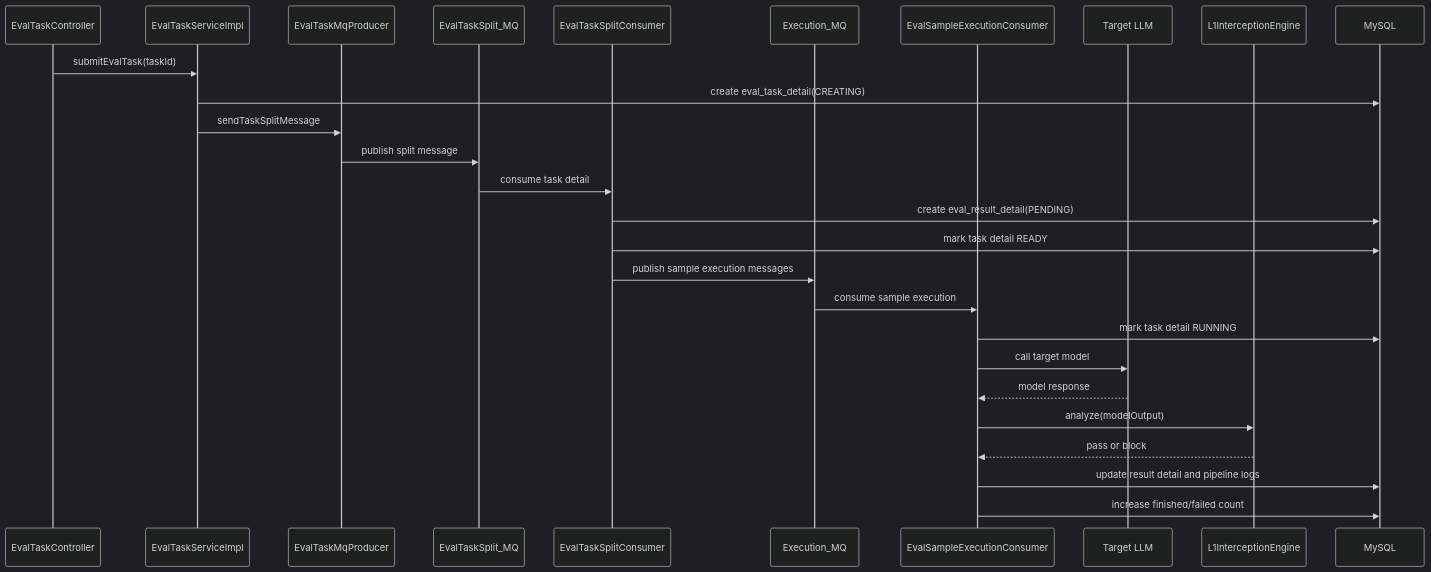
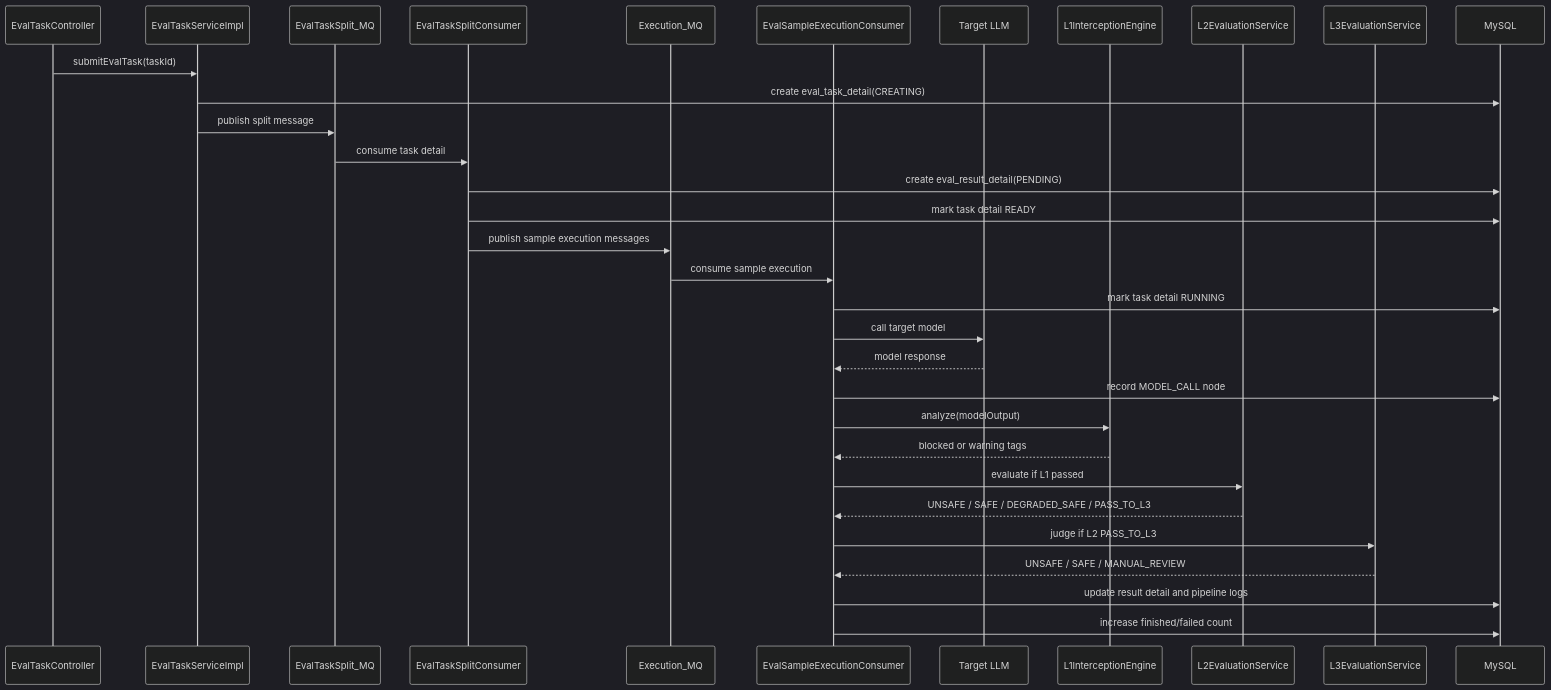
Before and after one commit to k960128/aigc-evaluate: the second of 2 diagrams in README.md, drawn with Mermaid (dark theme). The commit also changed other lines of this file and 2 other files, not shown here.

````diff
--- a/README.md
+++ b/README.md
@@ -94,30 +151,35 @@
 ```mermaid
 sequenceDiagram
     participant API as EvalTaskController
     participant S as EvalTaskServiceImpl
-    participant P as EvalTaskMqProducer
     participant MQ1 as EvalTaskSplit_MQ
     participant Split as EvalTaskSplitConsumer
     participant MQ2 as Execution_MQ
     participant Exec as EvalSampleExecutionConsumer
     participant Model as Target LLM
     participant L1 as L1InterceptionEngine
+    participant L2 as L2EvaluationService
+    participant L3 as L3EvaluationService
     participant DB as MySQL
 
     API->>S: submitEvalTask(taskId)
     S->>DB: create eval_task_detail(CREATING)
-    S->>P: sendTaskSplitMessage
-    P->>MQ1: publish split message
+    S->>MQ1: publish split message
     MQ1->>Split: consume task detail
     Split->>DB: create eval_result_detail(PENDING)
     Split->>DB: mark task detail READY
     Split->>MQ2: publish sample execution messages
     MQ2->>Exec: consume sample execution
     Exec->>DB: mark task detail RUNNING
     Exec->>Model: call target model
     Model-->>Exec: model response
+    Exec->>DB: record MODEL_CALL node
     Exec->>L1: analyze(modelOutput)
-    L1-->>Exec: pass or block
+    L1-->>Exec: blocked or warning tags
+    Exec->>L2: evaluate if L1 passed
+    L2-->>Exec: UNSAFE / SAFE / DEGRADED_SAFE / PASS_TO_L3
+    Exec->>L3: judge if L2 PASS_TO_L3
+    L3-->>Exec: UNSAFE / SAFE / MANUAL_REVIEW
     Exec->>DB: update result detail and pipeline logs
     Exec->>DB: increase finished/failed count
 ```
````
